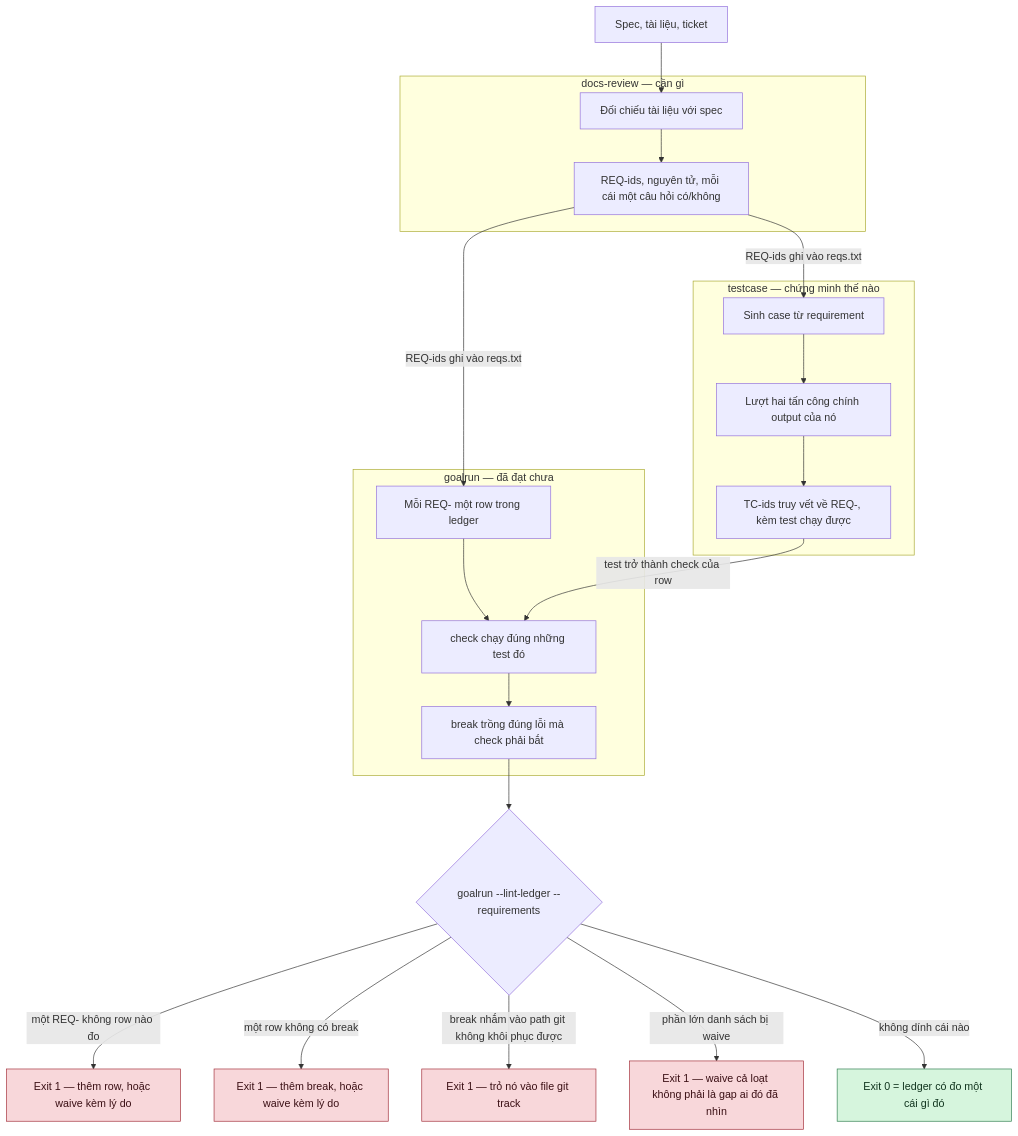
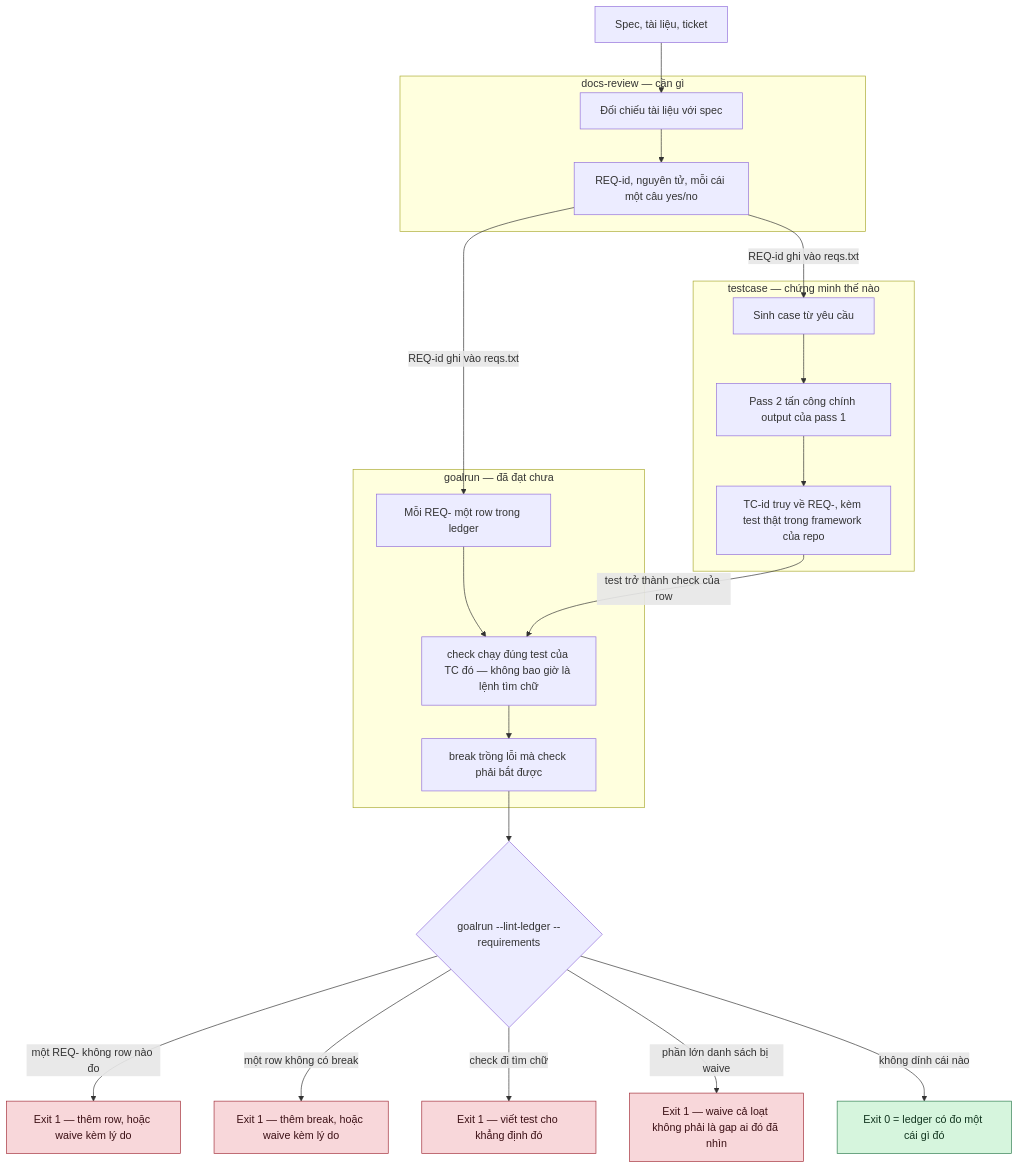
One commit to xtieume/testcase changed the first of 4 diagrams in docs/how-it-works.vi.md. Above: the diagram before and after it, drawn with Mermaid. The commit also changed other lines of this file and 7 other files, not shown here.

````diff
--- a/docs/how-it-works.vi.md
+++ b/docs/how-it-works.vi.md
@@ -13,44 +13,44 @@
 ```mermaid
 flowchart TD
     SPEC["Spec, tài liệu, ticket"]
 
     subgraph DR["docs-review — cần gì"]
         DR1["Đối chiếu tài liệu với spec"]
-        DR2["REQ-ids, nguyên tử, mỗi cái một câu hỏi có/không"]
+        DR2["REQ-id, nguyên tử, mỗi cái một câu yes/no"]
         DR1 --> DR2
     end
 
     subgraph TC["testcase — chứng minh thế nào"]
-        TC1["Sinh case từ requirement"]
-        TC2["Lượt hai tấn công chính output của nó"]
-        TC3["TC-ids truy vết về REQ-, kèm test chạy được"]
+        TC1["Sinh case từ yêu cầu"]
+        TC2["Pass 2 tấn công chính output của pass 1"]
+        TC3["TC-id truy về REQ-, kèm test thật trong framework của repo"]
         TC1 --> TC2 --> TC3
     end
 
     subgraph GR["goalrun — đã đạt chưa"]
         GR1["Mỗi REQ- một row trong ledger"]
-        GR2["check chạy đúng những test đó"]
-        GR3["break trồng đúng lỗi mà check phải bắt"]
+        GR2["check chạy đúng test của TC đó — không bao giờ là lệnh tìm chữ"]
+        GR3["break trồng lỗi mà check phải bắt được"]
         GR1 --> GR2 --> GR3
     end
 
     GATE{"goalrun --lint-ledger --requirements"}
     OUT["Exit 0 = ledger có đo một cái gì đó"]
 
     SPEC --> DR1
-    DR2 -->|"REQ-ids ghi vào reqs.txt"| TC1
-    DR2 -->|"REQ-ids ghi vào reqs.txt"| GR1
+    DR2 -->|"REQ-id ghi vào reqs.txt"| TC1
+    DR2 -->|"REQ-id ghi vào reqs.txt"| GR1
     TC3 -->|"test trở thành check của row"| GR2
     GR3 --> GATE
     GATE -->|"một REQ- không row nào đo"| FAIL1["Exit 1 — thêm row, hoặc waive kèm lý do"]
     GATE -->|"một row không có break"| FAIL2["Exit 1 — thêm break, hoặc waive kèm lý do"]
-    GATE -->|"break nhắm vào path git không khôi phục được"| FAIL3["Exit 1 — trỏ nó vào file git track"]
+    GATE -->|"check đi tìm chữ"| FAIL3["Exit 1 — viết test cho khẳng định đó"]
     GATE -->|"phần lớn danh sách bị waive"| FAIL4["Exit 1 — waive cả loạt không phải là gap ai đó đã nhìn"]
     GATE -->|"không dính cái nào"| OUT
 
     style OUT fill:#d6f5dd,stroke:#2f7d4f,color:#12351f
     style FAIL1 fill:#f8d7da,stroke:#a3303b,color:#3b1015
     style FAIL2 fill:#f8d7da,stroke:#a3303b,color:#3b1015
     style FAIL3 fill:#f8d7da,stroke:#a3303b,color:#3b1015
     style FAIL4 fill:#f8d7da,stroke:#a3303b,color:#3b1015
 ```
````
